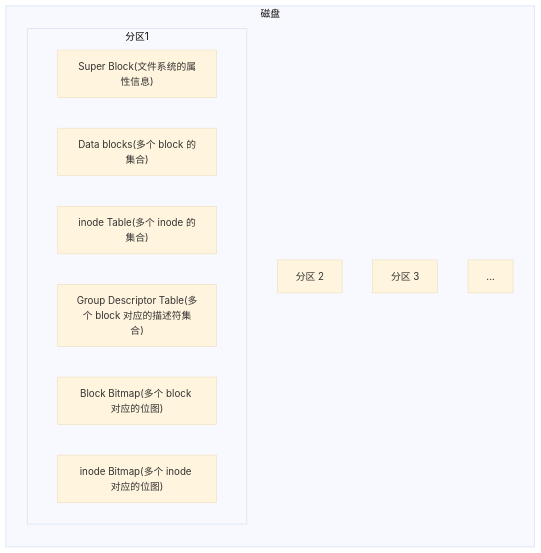
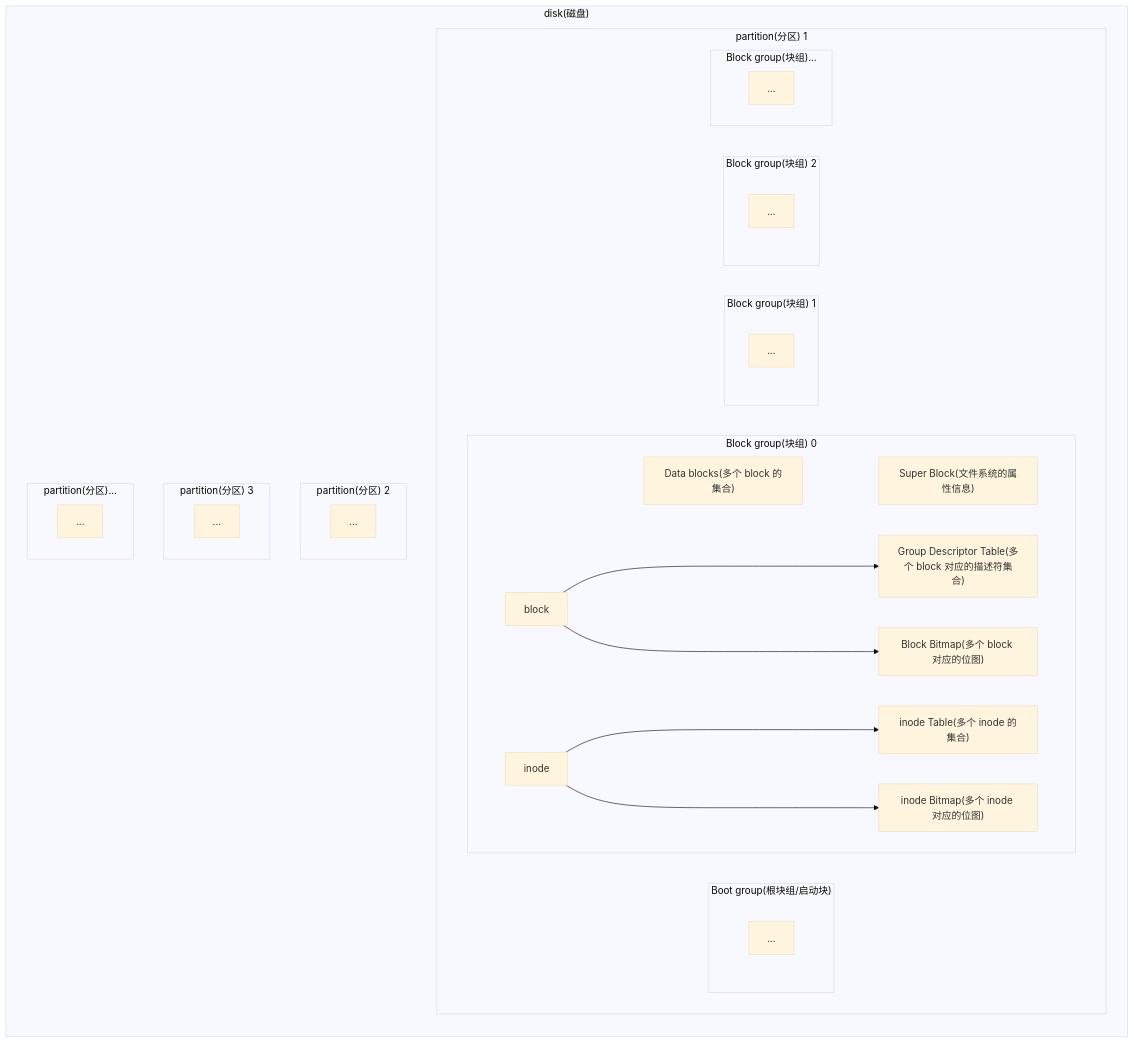
Before and after one commit to xiaogithubooo/LimouLearnNote: the third of 3 diagrams in Linux_System_Note/015+limou+2023_9_14+Linux的文件IO基础.md, drawn with Mermaid (base theme). The commit also changed other lines of this file and 3 other files, not shown here.

````diff
--- a/Linux_System_Note/015+limou+2023_9_14+Linux的文件IO基础.md
+++ b/Linux_System_Note/015+limou+2023_9_14+Linux的文件IO基础.md
@@ -1052,19 +1060,45 @@
 ```mermaid
 flowchart LR
-subgraph "磁盘"
-    subgraph "分区1"
-        Super_Block["Super Block(文件系统的属性信息)"]
-        
-        Data_blocks["Data blocks(多个 block 的集合)"]
-        inode_Table["inode Table(多个 inode 的集合)"]
-        Group_Descriptor_Table["Group Descriptor Table(多个 block 对应的描述符集合)"]
-        
-        Block_Bitmap["Block Bitmap(多个 block 对应的位图)"]
-        inode_Bitmap["inode Bitmap(多个 inode 对应的位图)"]
+subgraph "disk(磁盘)"
+    subgraph "partition(分区) 1"
+        subgraph "Boot group(根块组/启动块)"
+        	H["..."]
+        end
+        subgraph "Block group(块组) 0"
+            direction LR
+            Data_blocks ~~~ Super_Block
+            Data_blocks["Data blocks(多个 block 的集合)"]
+            Super_Block["Super Block(文件系统的属性信息)"]
+            
+            Group_Descriptor_Table["Group Descriptor Table(多个 block 对应的描述符集合)"]
+            Block_Bitmap["Block Bitmap(多个 block 对应的位图)"]
+            block["block"] ---> Group_Descriptor_Table & Block_Bitmap
+            
+            inode_Table["inode Table(多个 inode 的集合)"] 
+            inode_Bitmap["inode Bitmap(多个 inode 对应的位图)"]
+            inode ---> inode_Table & inode_Bitmap
 
+        end
+        subgraph "Block group(块组) 1"
+        	E["..."]
+        end
+        subgraph "Block group(块组) 2"
+        	F["..."]
+        end
+        subgraph "Block group(块组)..."
+        	G["..."]
+        end
     end
-    B["分区 2"]
-    C["分区 3"]
-    D["..."]
+    subgraph "partition(分区) 2"
+        B["..."]
+    end
+    
+    subgraph "partition(分区) 3"
+        C["..."]
+    end
+    
+    subgraph "partition(分区)..."
+        D["..."]
+    end
 end
 ```
````
